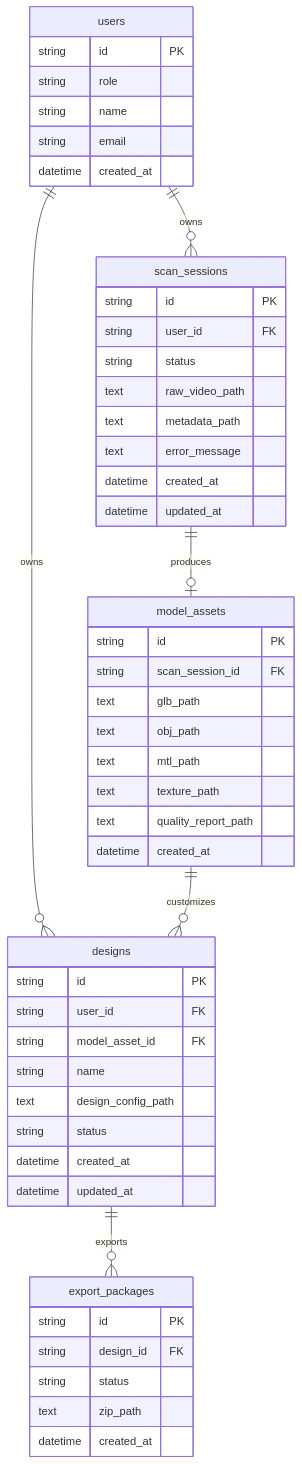
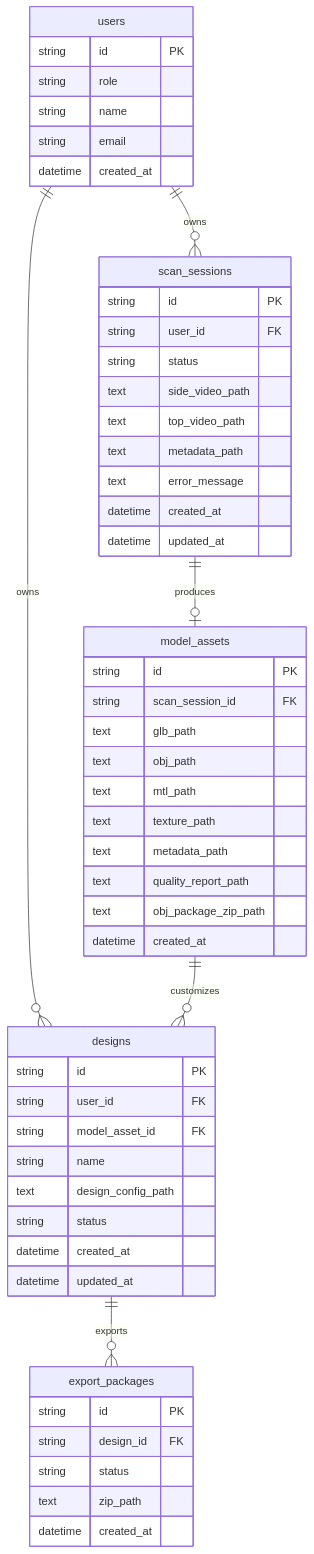
Before and after one commit to kiet-ta/ar-ai-exe: the seventh of 8 diagrams in docs/current-neon-system-flow.md, drawn with Mermaid. The commit also changed other lines of this file and 170 other files, not shown here.

````diff
--- a/docs/current-neon-system-flow.md
+++ b/docs/current-neon-system-flow.md
@@ -123,57 +122,60 @@
 ```mermaid
 erDiagram
     users ||--o{ scan_sessions : owns
     users ||--o{ designs : owns
     scan_sessions ||--o| model_assets : produces
     model_assets ||--o{ designs : customizes
     designs ||--o{ export_packages : exports
 
     users {
         string id PK
         string role
         string name
         string email
         datetime created_at
     }
 
     scan_sessions {
         string id PK
         string user_id FK
         string status
-        text raw_video_path
+        text side_video_path
+        text top_video_path
         text metadata_path
         text error_message
         datetime created_at
         datetime updated_at
     }
 
     model_assets {
         string id PK
         string scan_session_id FK
         text glb_path
         text obj_path
         text mtl_path
         text texture_path
+        text metadata_path
         text quality_report_path
+        text obj_package_zip_path
         datetime created_at
     }
 
     designs {
         string id PK
         string user_id FK
         string model_asset_id FK
         string name
         text design_config_path
         string status
         datetime created_at
         datetime updated_at
     }
 
     export_packages {
         string id PK
         string design_id FK
         string status
         text zip_path
         datetime created_at
     }
 ```
````
